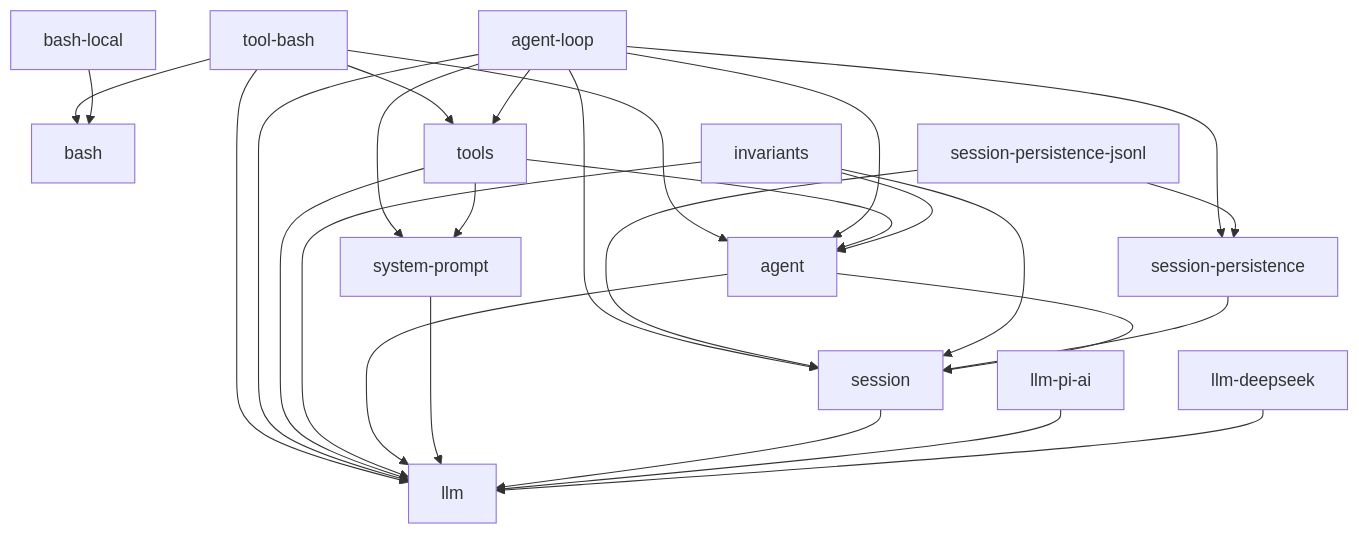
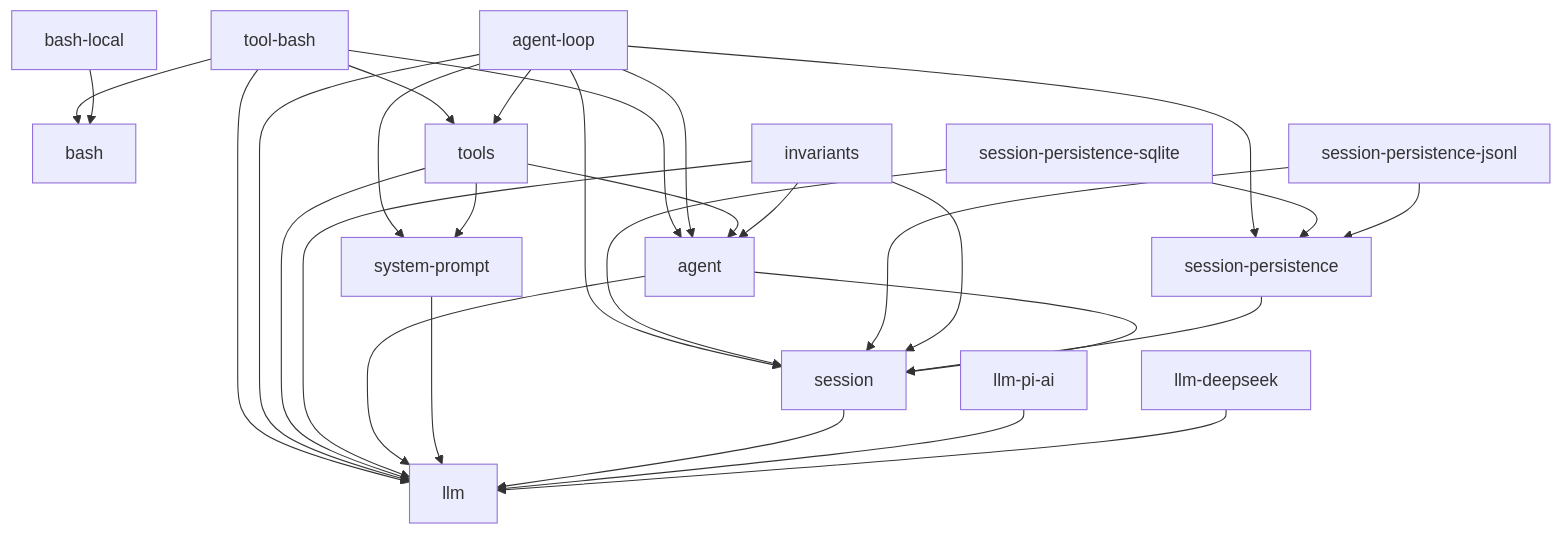
The diagram in docs/module-graph.md (eru123/coco-harness), drawn with Mermaid before and after one commit. The commit also changed other lines of this file and 15 other files, not shown here.

First line of the commit message:
Merge pull request #35 from deepseek-ai/split/session-persistence-sqlite

````diff
--- a/docs/module-graph.md
+++ b/docs/module-graph.md
@@ -8,29 +8,31 @@
 ```mermaid
 graph TD
   bash-local --> bash
   llm-deepseek --> llm
   llm-pi-ai --> llm
   session --> llm
   system-prompt --> llm
   agent --> llm
   agent --> session
   session-persistence --> session
   invariants --> agent
   invariants --> llm
   invariants --> session
   session-persistence-jsonl --> session
   session-persistence-jsonl --> session-persistence
+  session-persistence-sqlite --> session
+  session-persistence-sqlite --> session-persistence
   tools --> agent
   tools --> llm
   tools --> system-prompt
   agent-loop --> agent
   agent-loop --> llm
   agent-loop --> session
   agent-loop --> session-persistence
   agent-loop --> system-prompt
   agent-loop --> tools
   tool-bash --> agent
   tool-bash --> bash
   tool-bash --> llm
   tool-bash --> tools
 ```
````
